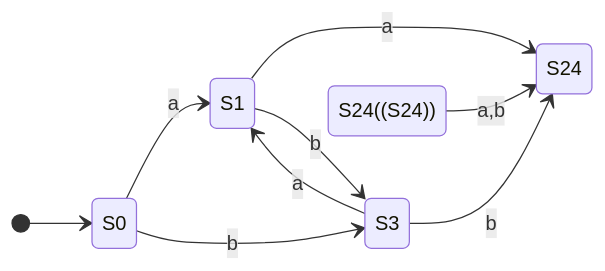
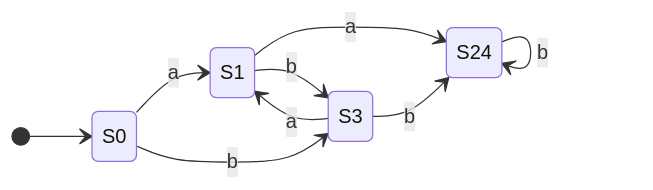
Before and after one commit to bradpenney/exploring_computer_science: diagram 14 of 14 in docs/fundamentals/finite_state_machines.md, drawn with Mermaid. The commit also changed other lines of this file and 2 other files, not shown here.

````diff
--- a/docs/fundamentals/finite_state_machines.md
+++ b/docs/fundamentals/finite_state_machines.md
@@ -491,12 +517,16 @@
 ```mermaid
 stateDiagram-v2
     direction LR
     [*] --> S0
-    S0 --> S1 : a
-    S0 --> S3 : b
-    S1 --> S24 : a
-    S1 --> S3 : b
-    S3 --> S1 : a
-    S3 --> S24 : b
-    S24((S24)) --> S24 : a,b
+    S0 --> S1: a
+    S0 --> S3: b
+    S1 --> S24: a
+    S1 --> S3: b
+    S3 --> S1: a
+    S3 --> S24: b
+    S24 --> S24: a
+    S24 --> S24: b
+    S24:::accepting
+
+    classDef accepting fill:#90EE90
 ```
````
